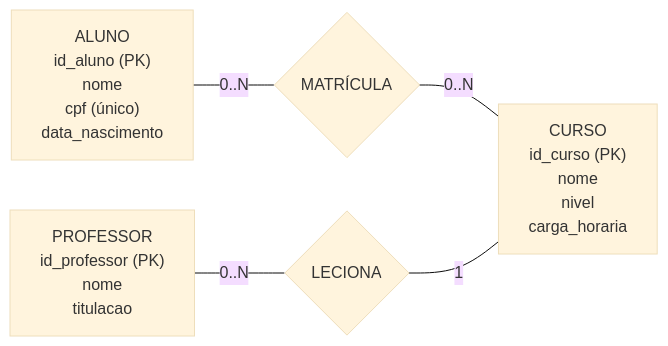
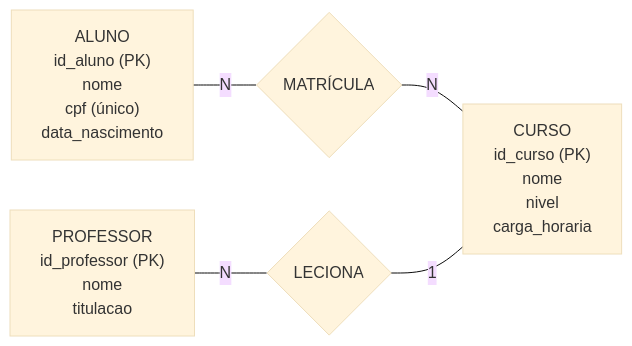
One commit to FelipeEvangelistaNeves/UMC_DB changed the second of 2 diagrams in 10_28/merder.md. Above: the diagram before and after it, drawn with Mermaid (base theme).

````diff
--- a/10_28/merder.md
+++ b/10_28/merder.md
@@ -46,14 +46,14 @@
 ```mermaid
 flowchart LR
     ALUNO["ALUNO<br/>id_aluno (PK)<br/>nome<br/>cpf (único)<br/>data_nascimento"]
     CURSO["CURSO<br/>id_curso (PK)<br/>nome<br/>nivel<br/>carga_horaria"]
     PROFESSOR["PROFESSOR<br/>id_professor (PK)<br/>nome<br/>titulacao"]
 
     MATRICULA{"MATRÍCULA"}
     LECIONA{"LECIONA"}
 
-    ALUNO ---|0..N| MATRICULA
-    MATRICULA ---|0..N| CURSO
-    PROFESSOR ---|0..N| LECIONA
+    ALUNO ---|N| MATRICULA
+    MATRICULA ---|N| CURSO
+    PROFESSOR ---|N| LECIONA
     LECIONA ---|1| CURSO
 ```
````
